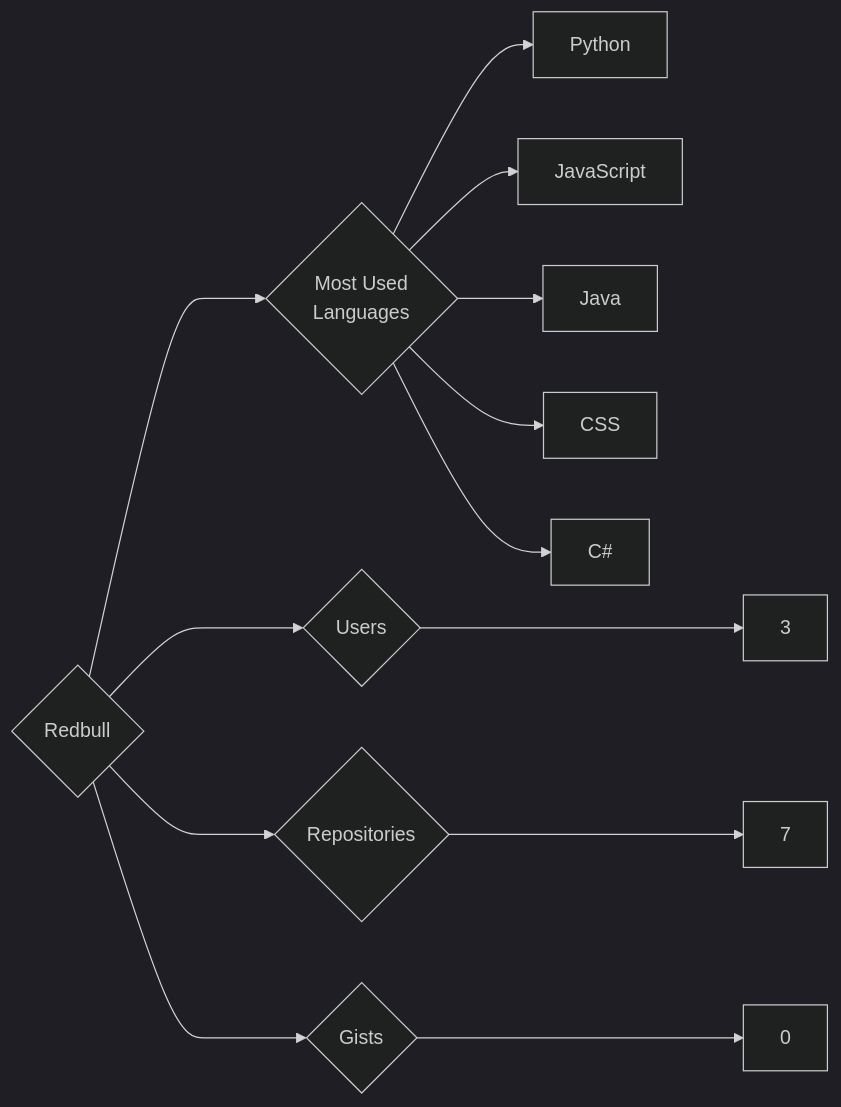
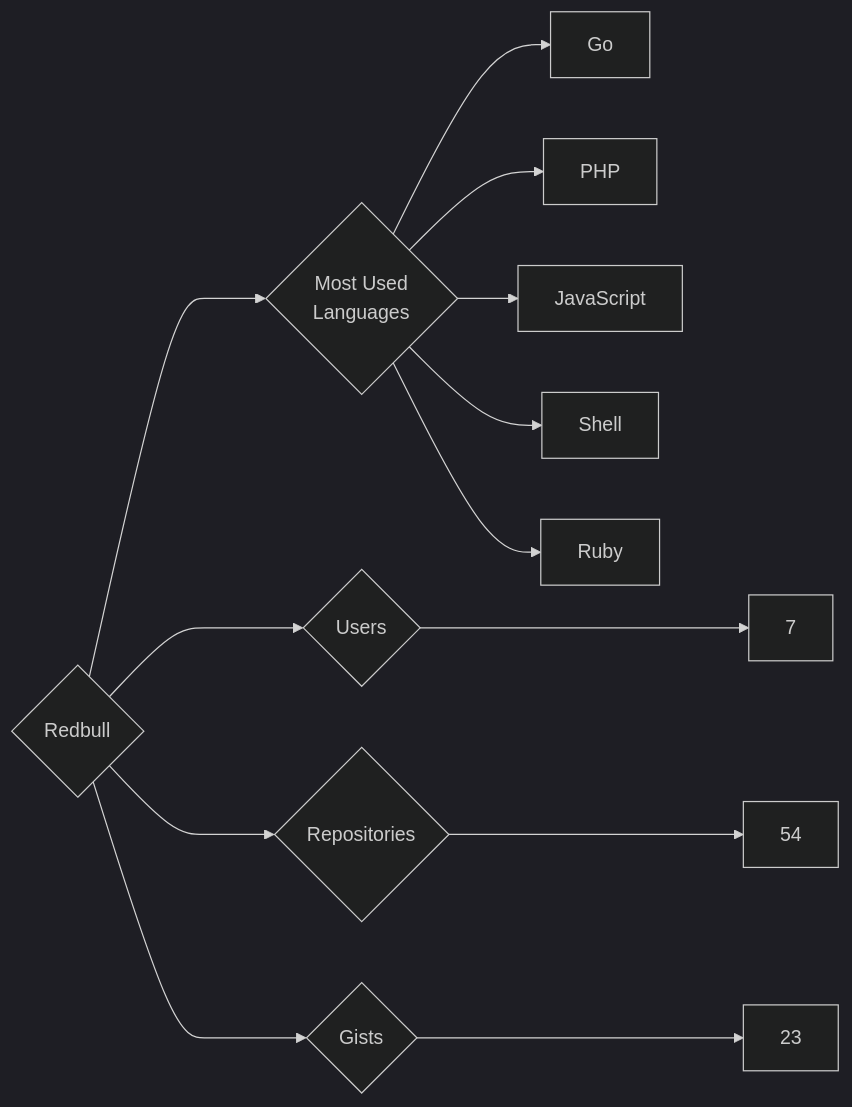
One commit to trickest/insiders changed the diagram in targets/Redbull/README.md. Above: the diagram before and after it, drawn with Mermaid (dark theme). The commit also changed 940 other files, not shown here.

````diff
--- a/targets/Redbull/README.md
+++ b/targets/Redbull/README.md
@@ -3,13 +3,13 @@
 ```mermaid
 graph LR
 COMPANY_NAME{Redbull}
-COMPANY_NAME ---> U{Users} ---> UN[3]
-COMPANY_NAME ---> R{Repositories} ---> RN[7]
-COMPANY_NAME ---> G{Gists} ---> GN[0]
+COMPANY_NAME ---> U{Users} ---> UN[7]
+COMPANY_NAME ---> R{Repositories} ---> RN[54]
+COMPANY_NAME ---> G{Gists} ---> GN[23]
 COMPANY_NAME ---> ML{Most Used<br>Languages}
-ML --> Python[Python]
+ML --> Go[Go]
+ML --> PHP[PHP]
 ML --> JavaScript[JavaScript]
-ML --> Java[Java]
-ML --> CSS[CSS]
-ML --> C#[C#]
+ML --> Shell[Shell]
+ML --> Ruby[Ruby]
 ```
````
